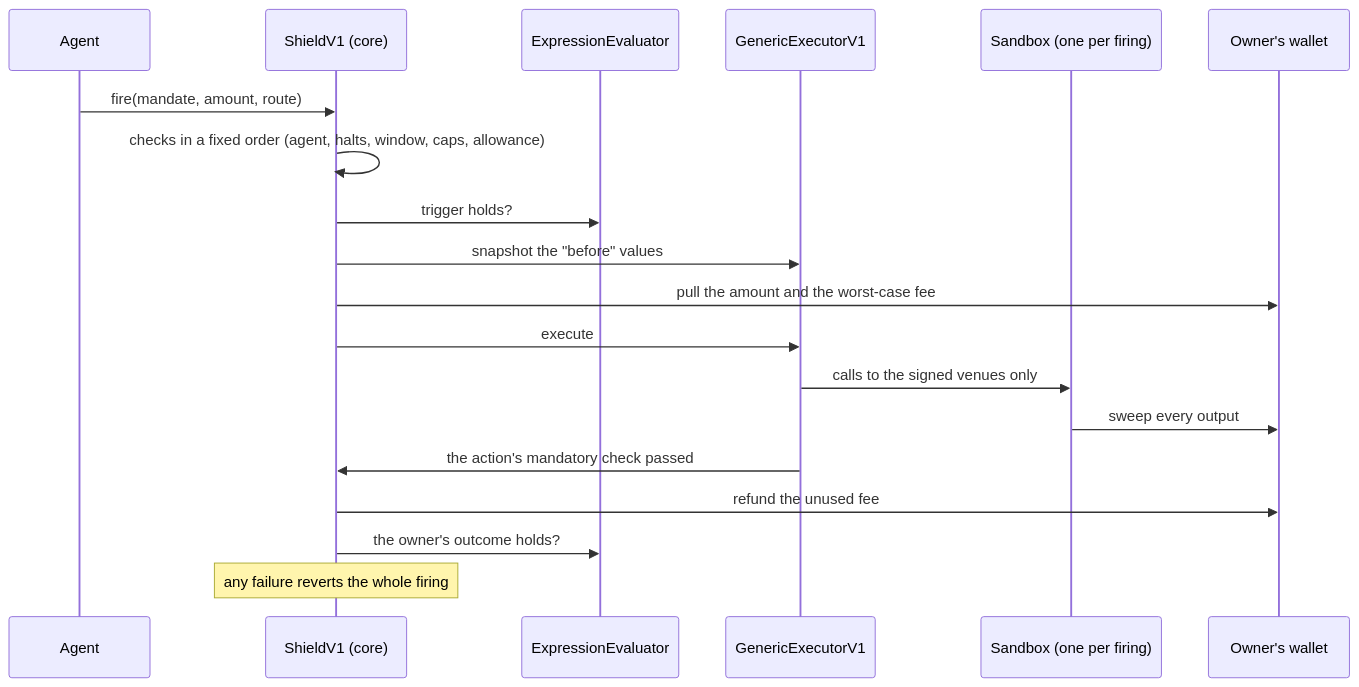
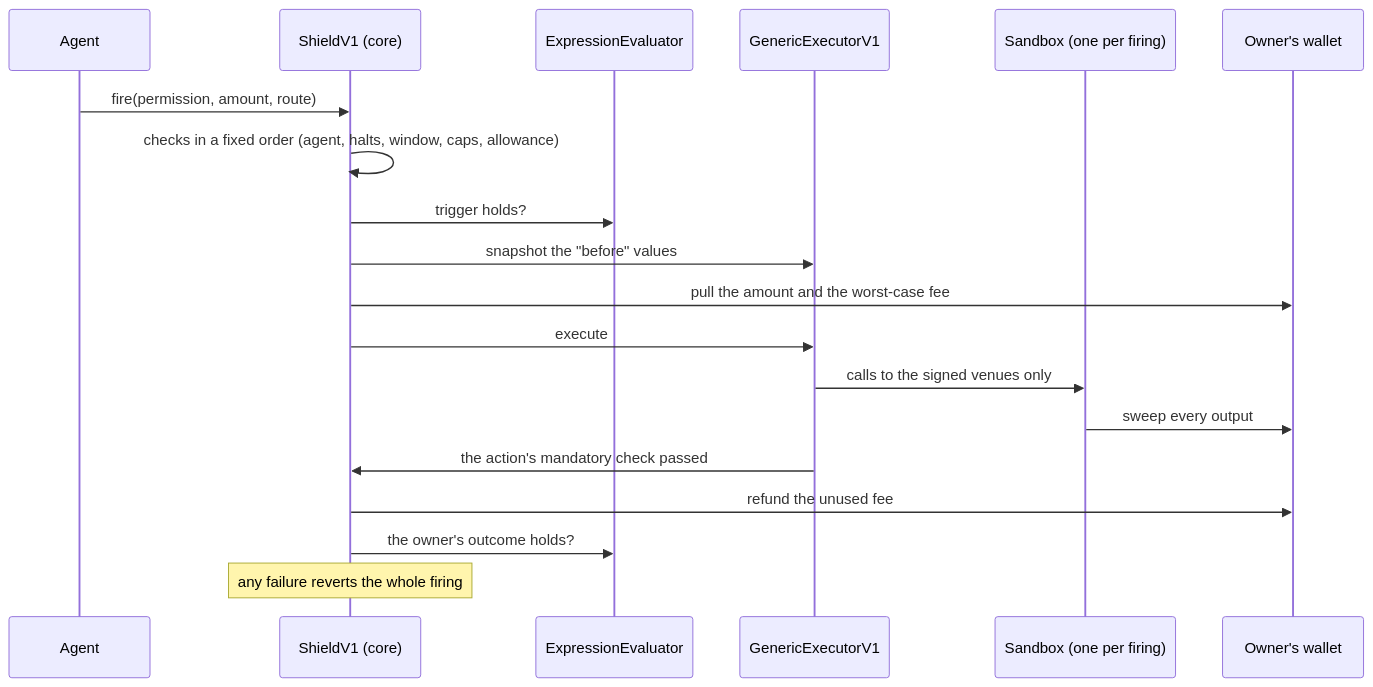
The diagram in README.md (FlipLabsAI/signo-shield), drawn with Mermaid before and after one commit. The commit also changed other lines of this file and 5 other files, not shown here.

First line of the commit message:
Docs: permission, not mandate (the contracts keep their names)

````diff
--- a/README.md
+++ b/README.md
@@ -52,21 +53,21 @@
 ```mermaid
 sequenceDiagram
     participant A as Agent
     participant S as ShieldV1 (core)
     participant E as ExpressionEvaluator
     participant X as GenericExecutorV1
     participant C as Sandbox (one per firing)
     participant O as Owner's wallet
-    A->>S: fire(mandate, amount, route)
+    A->>S: fire(permission, amount, route)
     S->>S: checks in a fixed order (agent, halts, window, caps, allowance)
     S->>E: trigger holds?
     S->>X: snapshot the "before" values
     S->>O: pull the amount and the worst-case fee
     S->>X: execute
     X->>C: calls to the signed venues only
     C->>O: sweep every output
     X->>S: the action's mandatory check passed
     S->>O: refund the unused fee
     S->>E: the owner's outcome holds?
     Note over S: any failure reverts the whole firing
 ```
````
